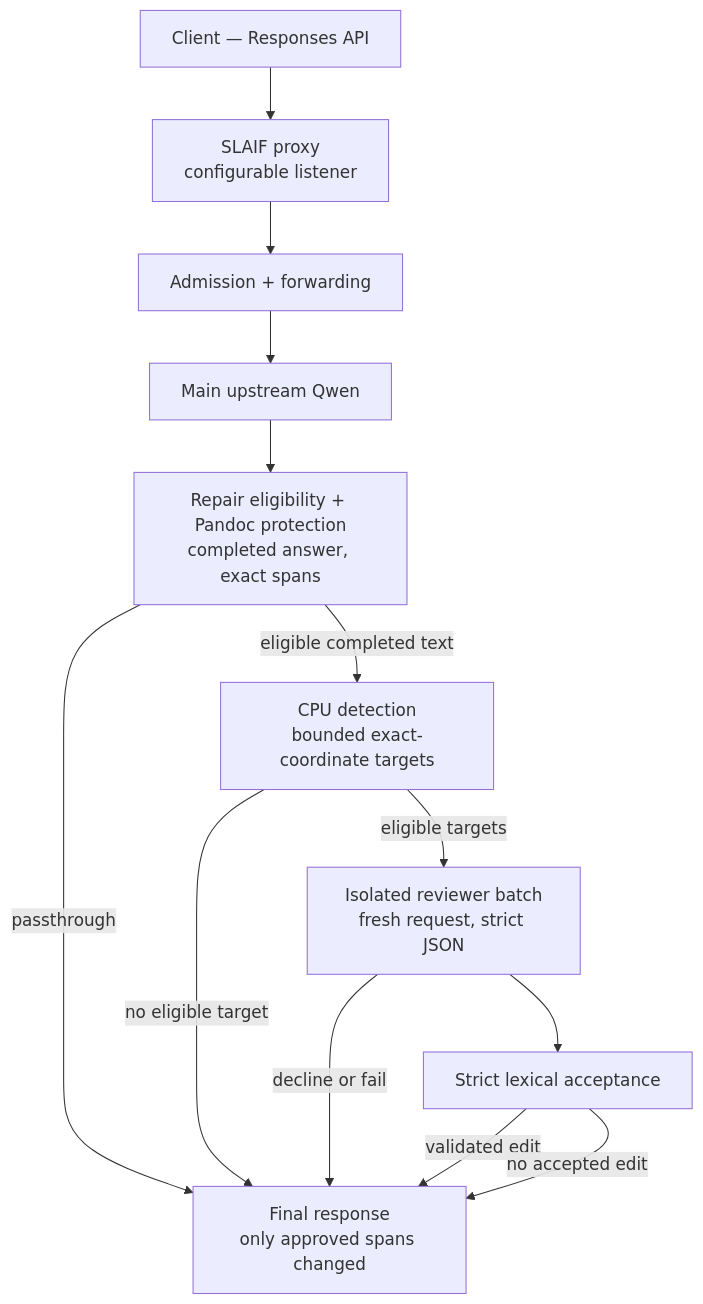
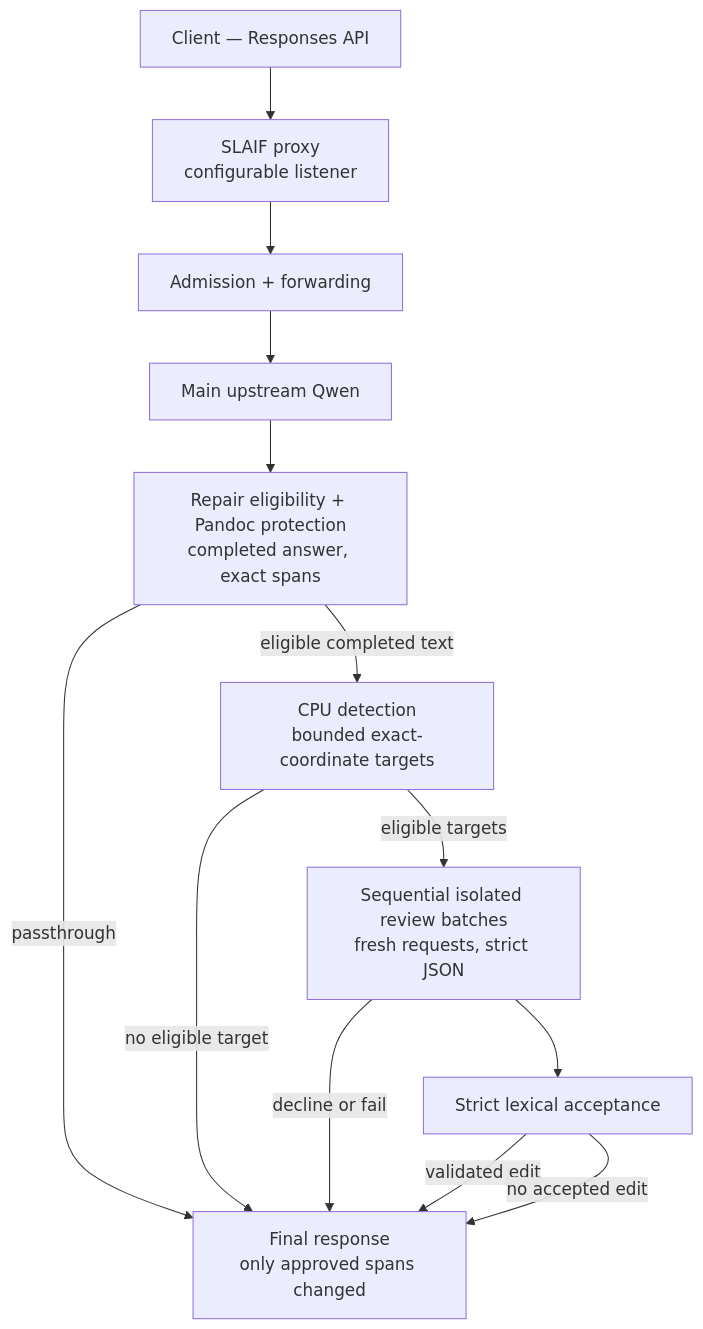
Before and after one commit to ulfe-lmi/slaif-llm-response-language-repair: the diagram in README.md, drawn with Mermaid. The commit also changed other lines of this file and 7 other files, not shown here.

Commit message:
040-a docs: ARCHITECTURE 2.3, operator TOML reference, runnable README review paragraph, chain/README/QUICKSTART/STATUS

````diff
--- a/README.md
+++ b/README.md
@@ -40,21 +40,21 @@
 ```mermaid
 flowchart TD
     client["Client — Responses API"]
     proxy["SLAIF proxy<br/>configurable listener"]
     admit["Admission + forwarding"]
     main["Main upstream Qwen"]
     gate["Repair eligibility + Pandoc protection<br/>completed answer, exact spans"]
     cpu["CPU detection<br/>bounded exact-coordinate targets"]
-    review["Isolated reviewer batch<br/>fresh request, strict JSON"]
+    review["Sequential isolated review batches<br/>fresh requests, strict JSON"]
     accept["Strict lexical acceptance"]
     out["Final response<br/>only approved spans changed"]
 
     client --> proxy --> admit --> main --> gate
     gate -->|eligible completed text| cpu
     gate -->|passthrough| out
     cpu -->|eligible targets| review --> accept
     cpu -->|no eligible target| out
     review -->|decline or fail| out
     accept -->|validated edit| out
     accept -->|no accepted edit| out
 ```
````
